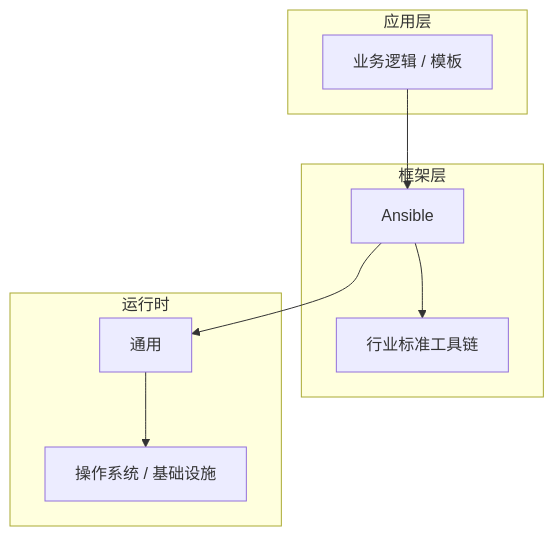
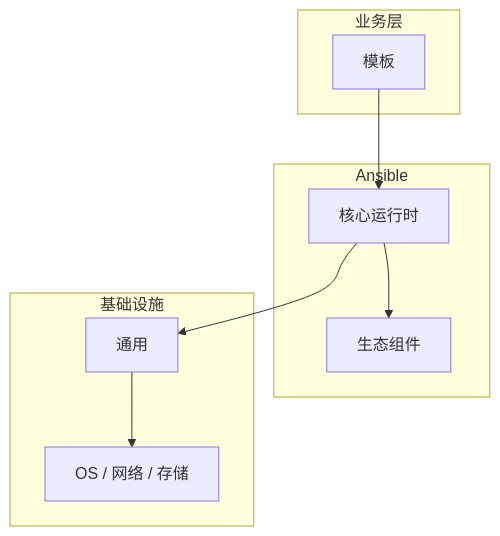
The diagram in articles/Ansible/chapters/036-模板核心概念与原理.md (yanggan2015/knowledge-json-v2), drawn with Mermaid before and after one commit. The commit also changed other lines of this file and 10127 other files, not shown here.

````diff
--- a/articles/Ansible/chapters/036-模板核心概念与原理.md
+++ b/articles/Ansible/chapters/036-模板核心概念与原理.md
@@ -45,18 +34,18 @@
 ```mermaid
 graph TB
-    subgraph 应用层
-        A[业务逻辑 / 模板]
+    subgraph 业务层
+        A[模板]
     end
-    subgraph 框架层
-        B[Ansible]
-        C[行业标准工具链]
+    subgraph Ansible
+        B[核心运行时]
+        C[生态组件]
     end
-    subgraph 运行时
+    subgraph 基础设施
         D[通用]
-        E[操作系统 / 基础设施]
+        E[OS / 网络 / 存储]
     end
     A --> B
     B --> C
     B --> D
     D --> E
 ```
````
